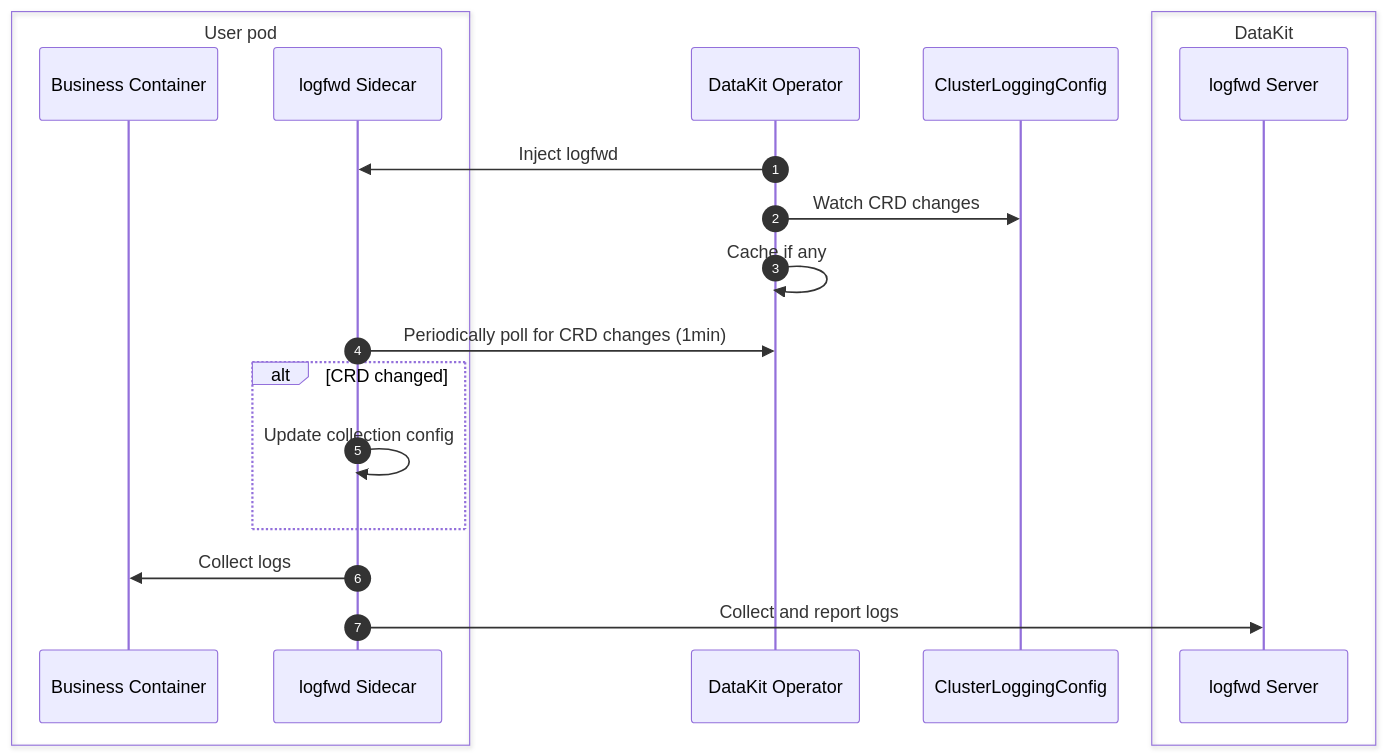
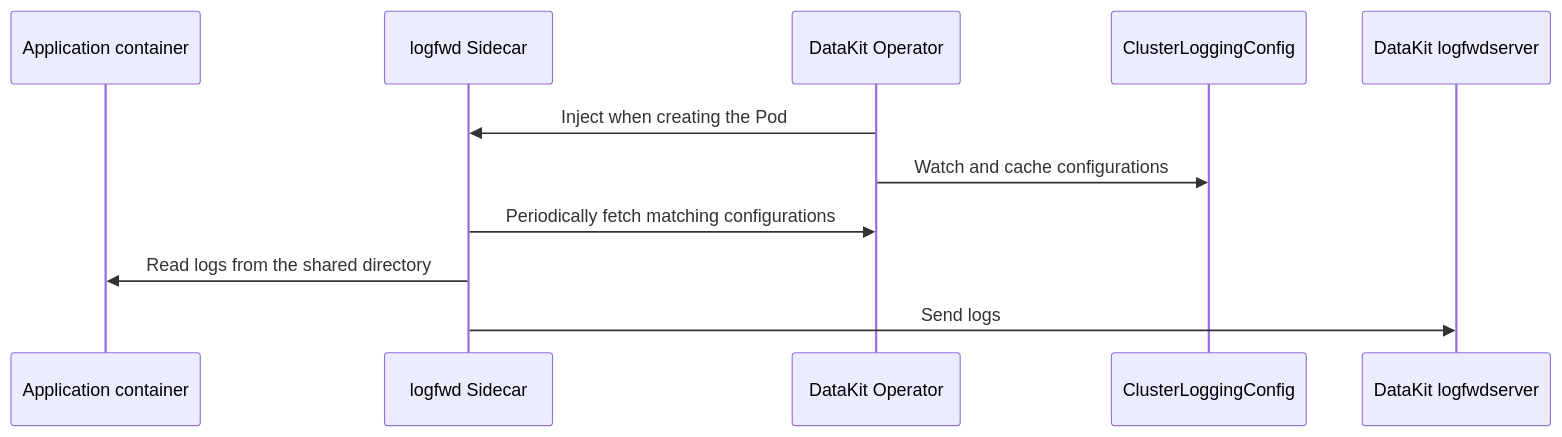
One commit to GuanceCloud/datakit-operator changed the diagram in export/en/operator-logfwd.md. Above: the diagram before and after it, drawn with Mermaid. The commit also changed other lines of this file and 55 other files, not shown here.

````diff
--- a/export/en/operator-logfwd.md
+++ b/export/en/operator-logfwd.md
@@ -7,28 +7,14 @@
 ```mermaid
 sequenceDiagram
-autonumber
+    participant App as Application container
+    participant Sidecar as logfwd Sidecar
+    participant Operator as DataKit Operator
+    participant CRD as ClusterLoggingConfig
+    participant DataKit as DataKit logfwdserver
 
-box User pod
-participant container as Business Container
-participant logfwd as logfwd Sidecar
-end
-
-participant opr as DataKit Operator
-participant crd as ClusterLoggingConfig
-
-box DataKit
-participant logfwds as logfwd Server
-end
-
-opr ->> logfwd: Inject logfwd
-opr ->> crd: Watch CRD changes
-opr ->> opr: Cache if any
-logfwd ->> opr: Periodically poll for CRD changes (1min)
-
-alt CRD changed
-logfwd ->> logfwd: Update collection config
-end
-
-logfwd ->> container: Collect logs
-logfwd ->> logfwds: Collect and report logs
+    Operator->>Sidecar: Inject when creating the Pod
+    Operator->>CRD: Watch and cache configurations
+    Sidecar->>Operator: Periodically fetch matching configurations
+    Sidecar->>App: Read logs from the shared directory
+    Sidecar->>DataKit: Send logs
 ```
````
